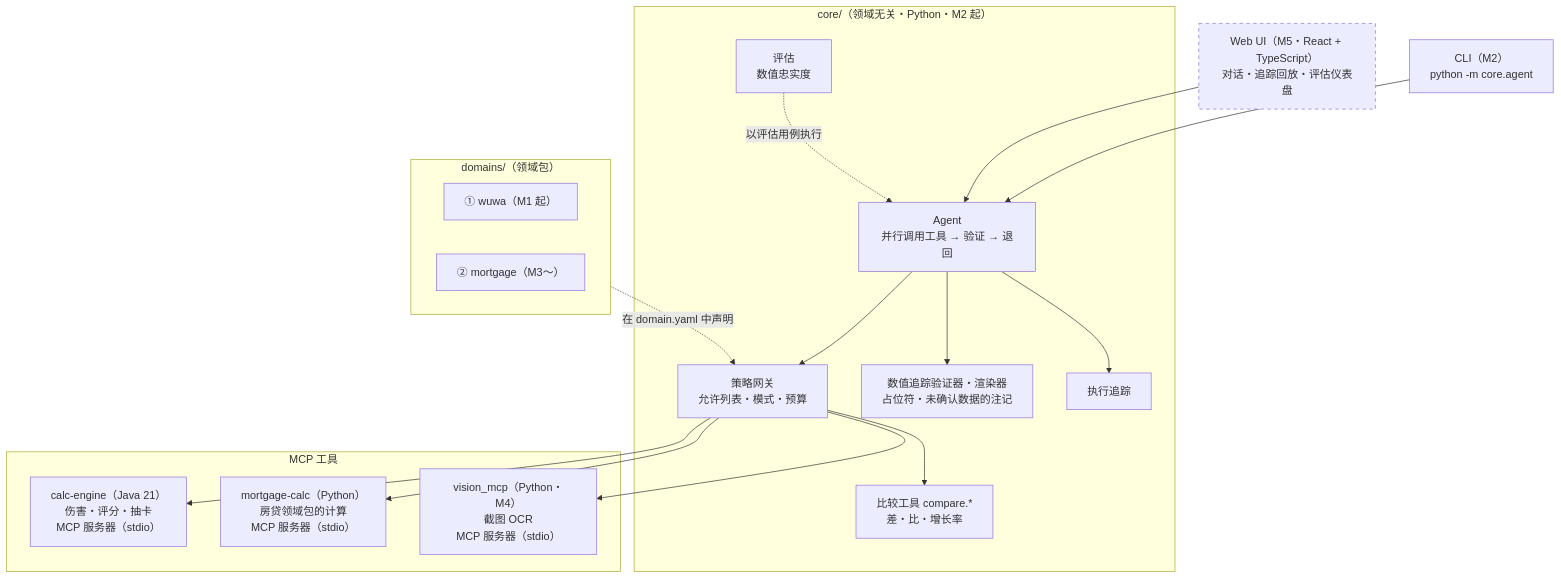
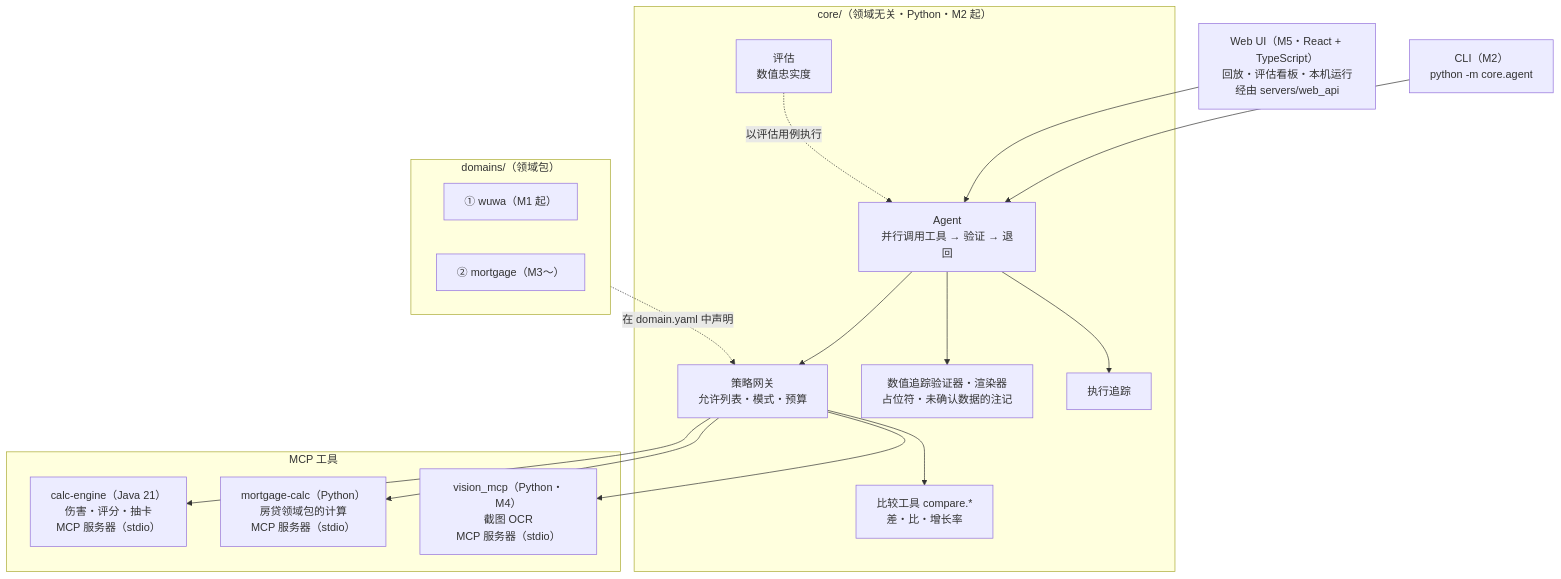
Before and after one commit to hexinlong9981/echolab: the first of 3 diagrams in docs/architecture.zh-CN.md, drawn with Mermaid. The commit also changed other lines of this file and 11 other files, not shown here.

````diff
--- a/docs/architecture.zh-CN.md
+++ b/docs/architecture.zh-CN.md
@@ -13,32 +13,30 @@
 ```mermaid
 flowchart TB
   CLI["CLI（M2）<br/>python -m core.agent"]
-  UI["Web UI（M5・React + TypeScript）<br/>对话・追踪回放・评估仪表盘"]
+  UI["Web UI（M5・React + TypeScript）<br/>回放・评估看板・本机运行<br/>经由 servers/web_api"]
   subgraph core["core/（领域无关・Python・M2 起）"]
     AG["Agent<br/>并行调用工具 → 验证 → 退回"]
     GW["策略网关<br/>允许列表・模式・预算"]
     VF["数值追踪验证器・渲染器<br/>占位符・未确认数据的注记"]
     CMP["比较工具 compare.*<br/>差・比・增长率"]
     EV["评估<br/>数值忠实度"]
     TR["执行追踪"]
   end
   subgraph tools["MCP 工具"]
     CE["calc-engine（Java 21）<br/>伤害・评分・抽卡<br/>MCP 服务器（stdio）"]
     MC["mortgage-calc（Python）<br/>房贷领域包的计算<br/>MCP 服务器（stdio）"]
     VM["vision_mcp（Python・M4）<br/>截图 OCR<br/>MCP 服务器（stdio）"]
   end
   subgraph domains["domains/（领域包）"]
     D1["① wuwa（M1 起）"]
     D3["② mortgage（M3〜）"]
   end
   CLI --> AG
   UI --> AG
   AG --> GW --> CE & MC & CMP & VM
   AG --> VF
   AG --> TR
   domains -. "在 domain.yaml 中声明" .-> GW
   EV -. "以评估用例执行" .-> AG
 
-  classDef planned stroke-dasharray: 5 5
-  class UI planned
 ```
````
